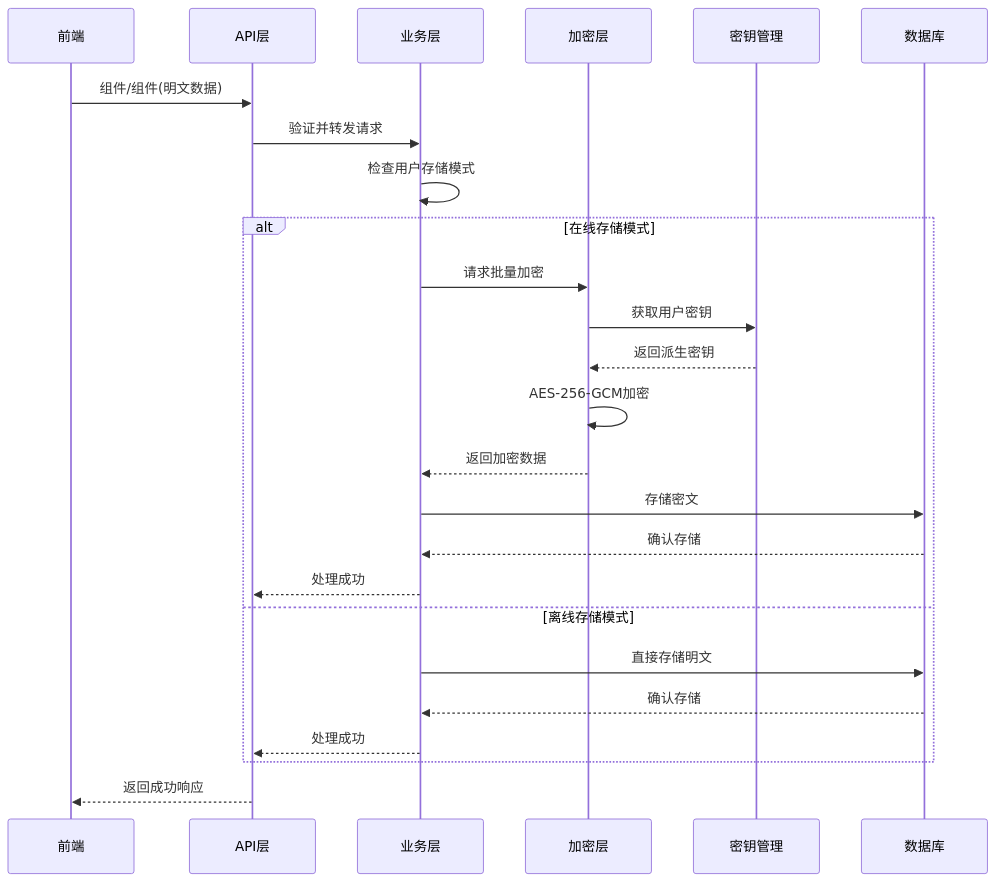
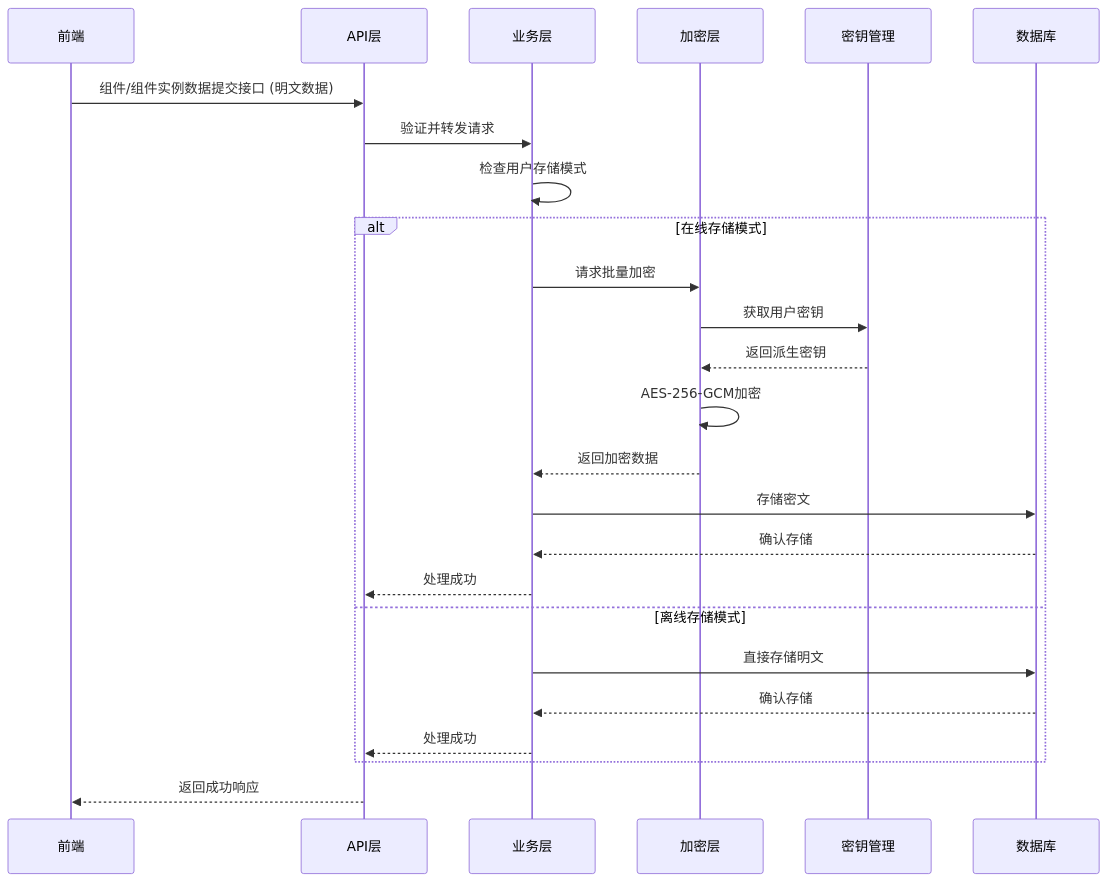
Before and after one commit to yingjianzh/iodraw-files: the diagram in all/未命名-1.md, drawn with Mermaid.

Commit message:
2025-09-01 15:59:17 update

````diff
--- a/all/未命名-1.md
+++ b/all/未命名-1.md
@@ -1,30 +1,30 @@
 ```mermaid
 sequenceDiagram
     participant F as 前端
     participant A as API层
     participant B as 业务层
     participant E as 加密层
     participant K as 密钥管理
     participant D as 数据库
     
-    F->>A: 组件/组件(明文数据)
+    F->>A: 组件/组件实例数据提交接口 (明文数据)
     A->>B: 验证并转发请求
     B->>B: 检查用户存储模式
     
     alt 在线存储模式
         B->>E: 请求批量加密
         E->>K: 获取用户密钥
         K-->>E: 返回派生密钥
         E->>E: AES-256-GCM加密
         E-->>B: 返回加密数据
         B->>D: 存储密文
         D-->>B: 确认存储
         B-->>A: 处理成功
     else 离线存储模式
         B->>D: 直接存储明文
         D-->>B: 确认存储
         B-->>A: 处理成功
     end
     
     A-->>F: 返回成功响应
 ```
````
